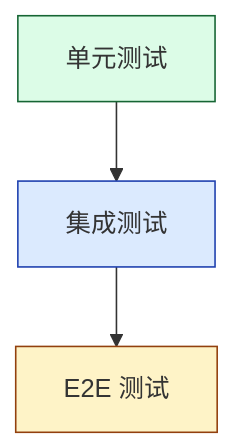
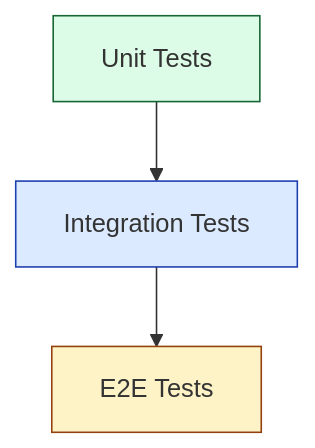
The second of 2 diagrams in docs/CONTRIBUTING.md (Kirky-X/confers), drawn with Mermaid before and after one commit. The commit also changed other lines of this file and 6 other files, not shown here.

````diff
--- a/docs/CONTRIBUTING.md
+++ b/docs/CONTRIBUTING.md
@@ -355,9 +385,9 @@
 ```mermaid
 graph TD
-    A[单元测试] --> B[集成测试]
-    B --> C[E2E 测试]
+    A[Unit Tests] --> B[Integration Tests]
+    B --> C[E2E Tests]
     
     style A fill:#DCFCE7,stroke:#166534
     style B fill:#DBEAFE,stroke:#1E40AF
     style C fill:#FEF3C7,stroke:#92400E
 ```
````
